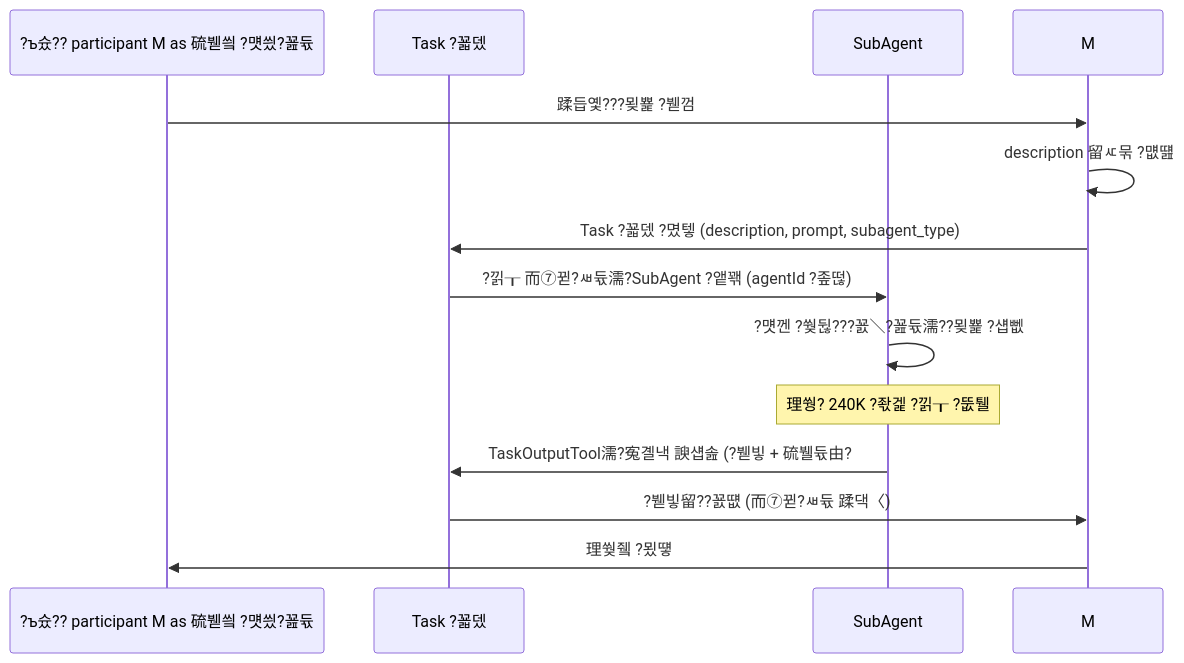
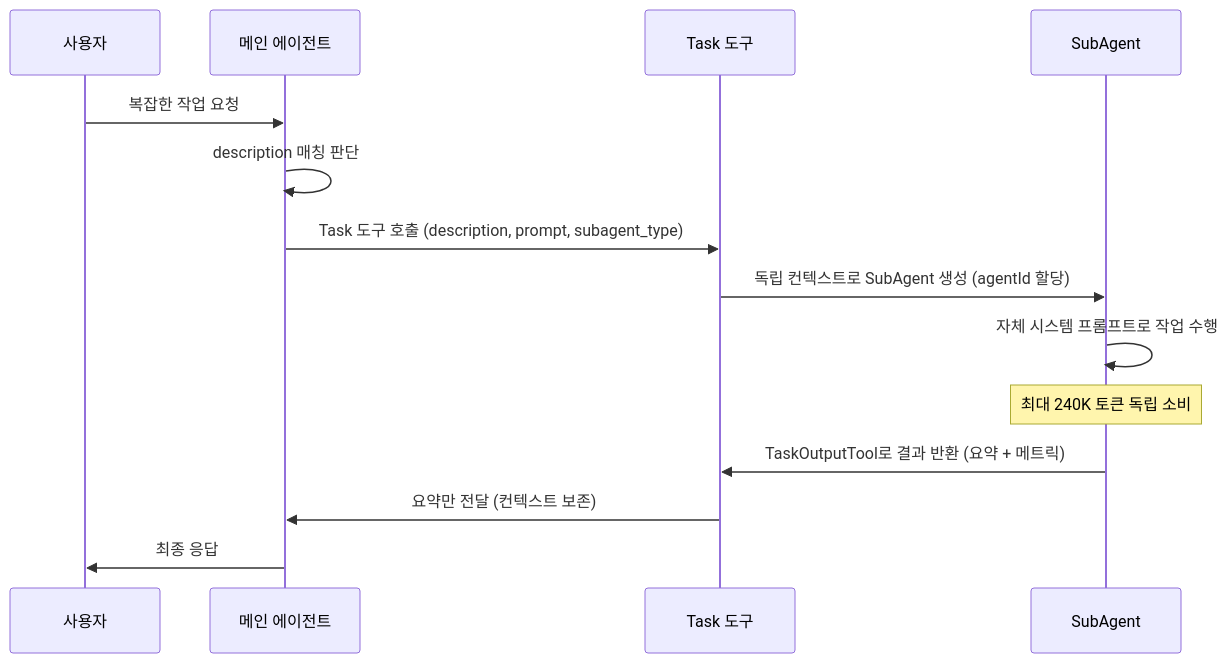
Before and after one commit to dhparkz/dhparkz.github.io: the first of 5 diagrams in _posts/2026-02-21-claude-code-subagent-deep-dive.md, drawn with Mermaid. The commit also changed other lines of this file, not shown here.

Commit message:
2026-02-21-claude-code-subagent-deep-dive.md 업데이트 한글깨짐 현상

````diff
--- a/_posts/2026-02-21-claude-code-subagent-deep-dive.md
+++ b/_posts/2026-02-21-claude-code-subagent-deep-dive.md
@@ -62,16 +62,17 @@
 ```mermaid
 sequenceDiagram
-    participant U as ?ъ슜??    participant M as 硫붿씤 ?먯씠?꾪듃
-    participant T as Task ?꾧뎄
+    participant U as 사용자
+    participant M as 메인 에이전트
+    participant T as Task 도구
     participant S as SubAgent
 
-    U->>M: 蹂듭옟???묒뾽 ?붿껌
-    M->>M: description 留ㅼ묶 ?먮떒
-    M->>T: Task ?꾧뎄 ?몄텧 (description, prompt, subagent_type)
-    T->>S: ?낅┰ 而⑦뀓?ㅽ듃濡?SubAgent ?앹꽦 (agentId ?좊떦)
-    S->>S: ?먯껜 ?쒖뒪???꾨＼?꾪듃濡??묒뾽 ?섑뻾
-    Note over S: 理쒕? 240K ?좏겙 ?낅┰ ?뚮퉬
-    S->>T: TaskOutputTool濡?寃곌낵 諛섑솚 (?붿빟 + 硫뷀듃由?
-    T->>M: ?붿빟留??꾨떖 (而⑦뀓?ㅽ듃 蹂댁〈)
-    M->>U: 理쒖쥌 ?묐떟
+    U->>M: 복잡한 작업 요청
+    M->>M: description 매칭 판단
+    M->>T: Task 도구 호출 (description, prompt, subagent_type)
+    T->>S: 독립 컨텍스트로 SubAgent 생성 (agentId 할당)
+    S->>S: 자체 시스템 프롬프트로 작업 수행
+    Note over S: 최대 240K 토큰 독립 소비
+    S->>T: TaskOutputTool로 결과 반환 (요약 + 메트릭)
+    T->>M: 요약만 전달 (컨텍스트 보존)
+    M->>U: 최종 응답
 ```
````
